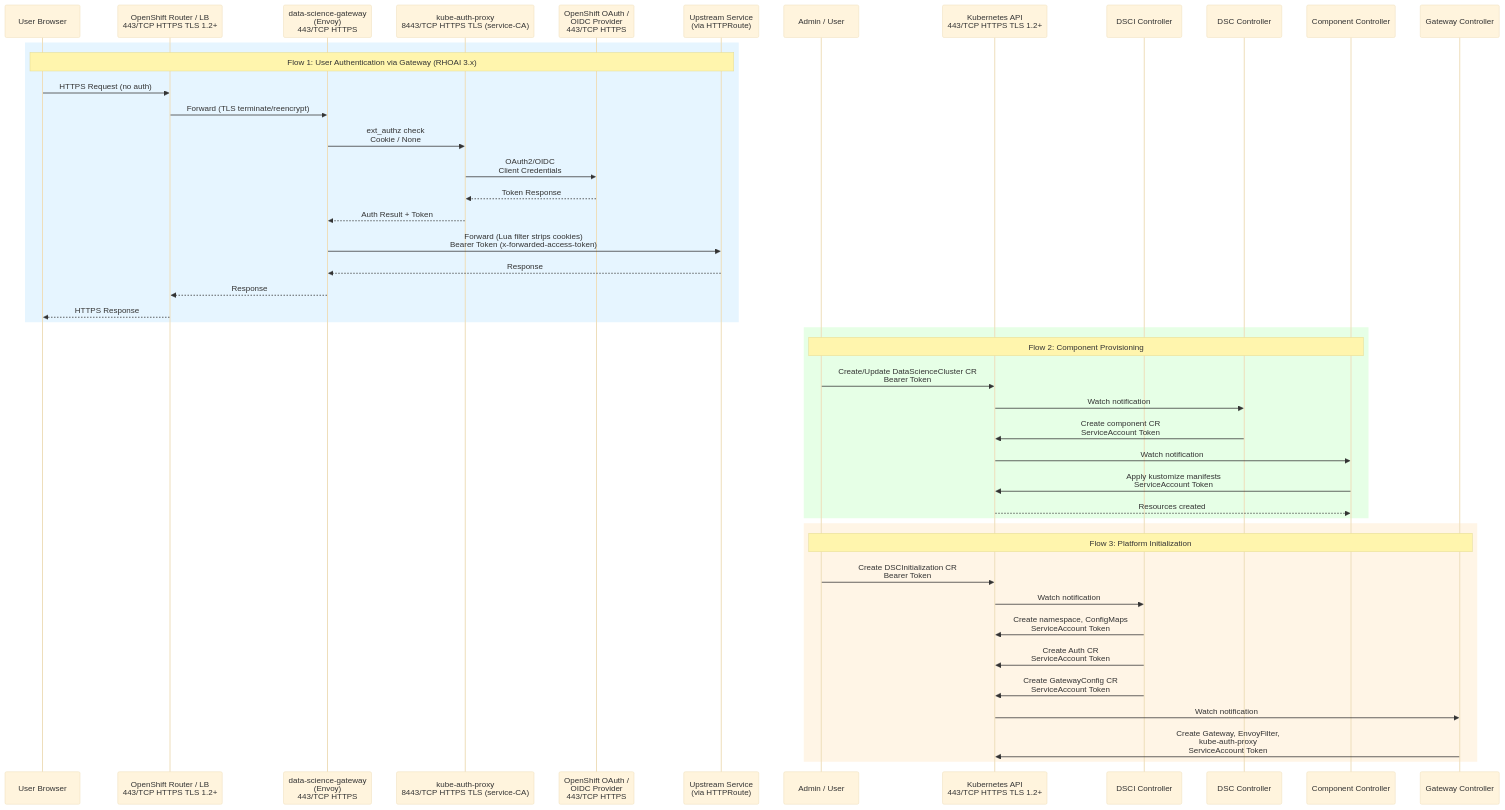
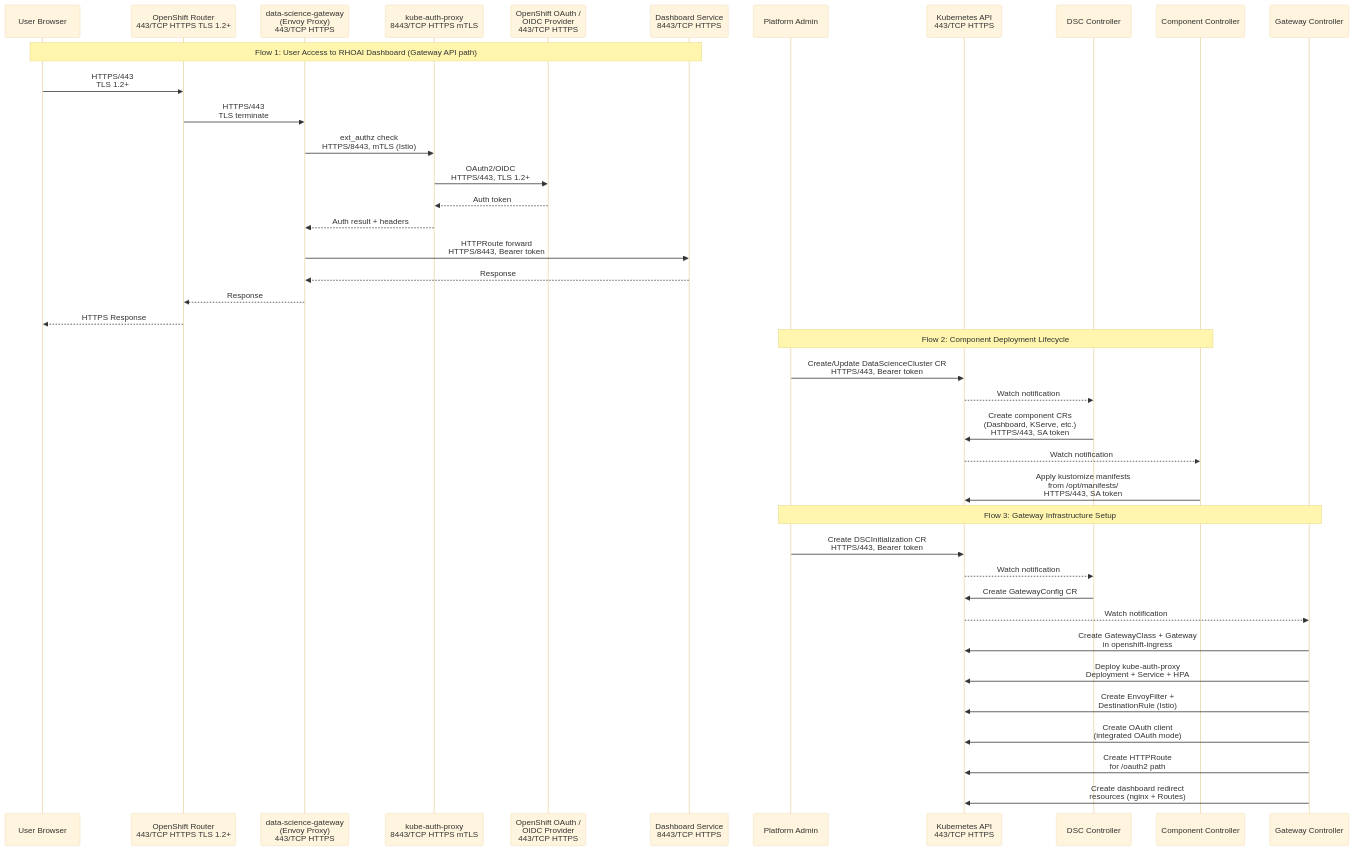
Before and after one commit to rhuss/architecture-context: the diagram in architecture/rhoai-3.4-ea.1/diagrams/rhods-operator-dataflow.mmd, drawn with Mermaid (base theme). The commit also changed 656 other files, not shown here.

```diff
--- a/architecture/rhoai-3.4-ea.1/diagrams/rhods-operator-dataflow.mmd
+++ b/architecture/rhoai-3.4-ea.1/diagrams/rhods-operator-dataflow.mmd
@@ -1,52 +1,47 @@
-%% RHODS Operator - Data Flow Diagram
+%% Data Flow Diagram: rhods-operator
 %% Generated by: Claude Opus 4.6
 %% Source: architecture/rhoai-3.4-ea.1/rhods-operator.md
 
 sequenceDiagram
     participant User as User Browser
-    participant Router as OpenShift Router / LB<br/>443/TCP HTTPS TLS 1.2+
-    participant Envoy as data-science-gateway<br/>(Envoy)<br/>443/TCP HTTPS
-    participant KAP as kube-auth-proxy<br/>8443/TCP HTTPS TLS (service-CA)
+    participant Router as OpenShift Router<br/>443/TCP HTTPS TLS 1.2+
+    participant Envoy as data-science-gateway<br/>(Envoy Proxy)<br/>443/TCP HTTPS
+    participant AuthProxy as kube-auth-proxy<br/>8443/TCP HTTPS mTLS
     participant OAuth as OpenShift OAuth /<br/>OIDC Provider<br/>443/TCP HTTPS
-    participant Upstream as Upstream Service<br/>(via HTTPRoute)
-    participant Admin as Admin / User
-    participant K8sAPI as Kubernetes API<br/>443/TCP HTTPS TLS 1.2+
-    participant DSCICtrl as DSCI Controller
+    participant Dashboard as Dashboard Service<br/>8443/TCP HTTPS
+    participant Admin as Platform Admin
+    participant K8sAPI as Kubernetes API<br/>443/TCP HTTPS
     participant DSCCtrl as DSC Controller
     participant CompCtrl as Component Controller
     participant GWCtrl as Gateway Controller
 
-    rect rgb(230, 245, 255)
-        Note over User,Upstream: Flow 1: User Authentication via Gateway (RHOAI 3.x)
-        User->>Router: HTTPS Request (no auth)
-        Router->>Envoy: Forward (TLS terminate/reencrypt)
-        Envoy->>KAP: ext_authz check<br/>Cookie / None
-        KAP->>OAuth: OAuth2/OIDC<br/>Client Credentials
-        OAuth-->>KAP: Token Response
-        KAP-->>Envoy: Auth Result + Token
-        Envoy->>Upstream: Forward (Lua filter strips cookies)<br/>Bearer Token (x-forwarded-access-token)
-        Upstream-->>Envoy: Response
-        Envoy-->>Router: Response
-        Router-->>User: HTTPS Response
-    end
+    Note over User,Dashboard: Flow 1: User Access to RHOAI Dashboard (Gateway API path)
+    User->>Router: HTTPS/443<br/>TLS 1.2+
+    Router->>Envoy: HTTPS/443<br/>TLS terminate
+    Envoy->>AuthProxy: ext_authz check<br/>HTTPS/8443, mTLS (Istio)
+    AuthProxy->>OAuth: OAuth2/OIDC<br/>HTTPS/443, TLS 1.2+
+    OAuth-->>AuthProxy: Auth token
+    AuthProxy-->>Envoy: Auth result + headers
+    Envoy->>Dashboard: HTTPRoute forward<br/>HTTPS/8443, Bearer token
+    Dashboard-->>Envoy: Response
+    Envoy-->>Router: Response
+    Router-->>User: HTTPS Response
 
-    rect rgb(230, 255, 230)
-        Note over Admin,CompCtrl: Flow 2: Component Provisioning
-        Admin->>K8sAPI: Create/Update DataScienceCluster CR<br/>Bearer Token
-        K8sAPI->>DSCCtrl: Watch notification
-        DSCCtrl->>K8sAPI: Create component CR<br/>ServiceAccount Token
-        K8sAPI->>CompCtrl: Watch notification
-        CompCtrl->>K8sAPI: Apply kustomize manifests<br/>ServiceAccount Token
-        K8sAPI-->>CompCtrl: Resources created
-    end
+    Note over Admin,CompCtrl: Flow 2: Component Deployment Lifecycle
+    Admin->>K8sAPI: Create/Update DataScienceCluster CR<br/>HTTPS/443, Bearer token
+    K8sAPI-->>DSCCtrl: Watch notification
+    DSCCtrl->>K8sAPI: Create component CRs<br/>(Dashboard, KServe, etc.)<br/>HTTPS/443, SA token
+    K8sAPI-->>CompCtrl: Watch notification
+    CompCtrl->>K8sAPI: Apply kustomize manifests<br/>from /opt/manifests/<br/>HTTPS/443, SA token
 
-    rect rgb(255, 245, 230)
-        Note over Admin,GWCtrl: Flow 3: Platform Initialization
-        Admin->>K8sAPI: Create DSCInitialization CR<br/>Bearer Token
-        K8sAPI->>DSCICtrl: Watch notification
-        DSCICtrl->>K8sAPI: Create namespace, ConfigMaps<br/>ServiceAccount Token
-        DSCICtrl->>K8sAPI: Create Auth CR<br/>ServiceAccount Token
-        DSCICtrl->>K8sAPI: Create GatewayConfig CR<br/>ServiceAccount Token
-        K8sAPI->>GWCtrl: Watch notification
-        GWCtrl->>K8sAPI: Create Gateway, EnvoyFilter,<br/>kube-auth-proxy<br/>ServiceAccount Token
-    end
+    Note over Admin,GWCtrl: Flow 3: Gateway Infrastructure Setup
+    Admin->>K8sAPI: Create DSCInitialization CR<br/>HTTPS/443, Bearer token
+    K8sAPI-->>DSCCtrl: Watch notification
+    DSCCtrl->>K8sAPI: Create GatewayConfig CR
+    K8sAPI-->>GWCtrl: Watch notification
+    GWCtrl->>K8sAPI: Create GatewayClass + Gateway<br/>in openshift-ingress
+    GWCtrl->>K8sAPI: Deploy kube-auth-proxy<br/>Deployment + Service + HPA
+    GWCtrl->>K8sAPI: Create EnvoyFilter +<br/>DestinationRule (Istio)
+    GWCtrl->>K8sAPI: Create OAuth client<br/>(integrated OAuth mode)
+    GWCtrl->>K8sAPI: Create HTTPRoute<br/>for /oauth2 path
+    GWCtrl->>K8sAPI: Create dashboard redirect<br/>resources (nginx + Routes)
```
